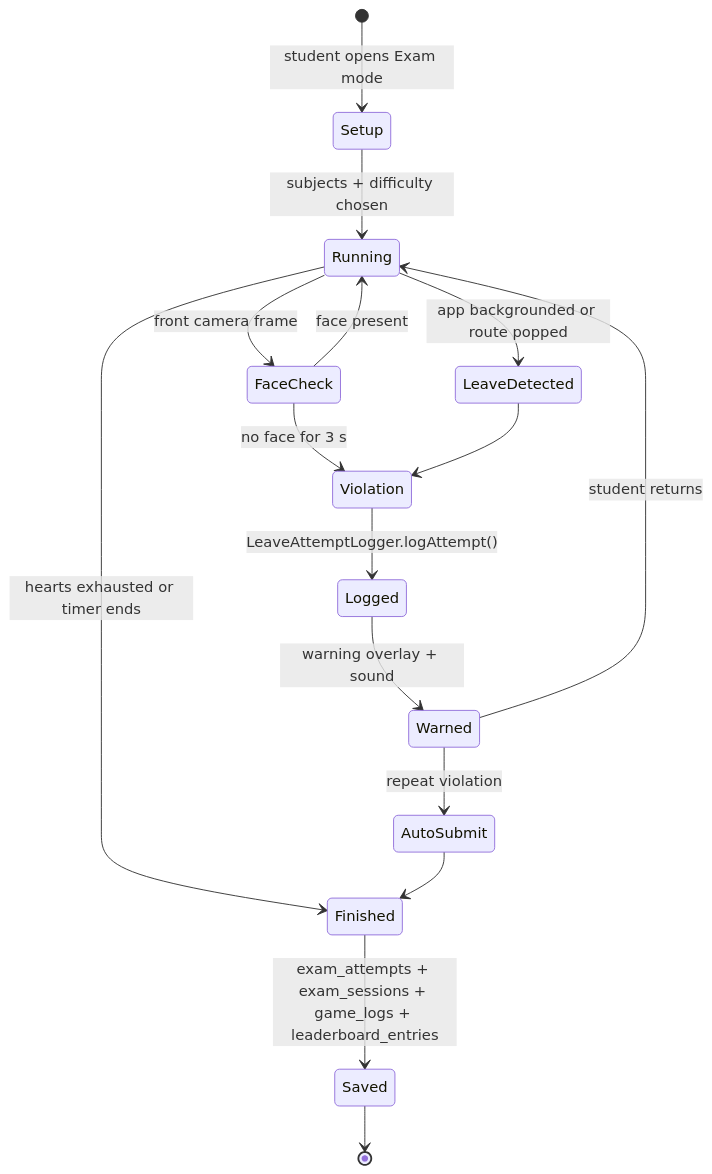
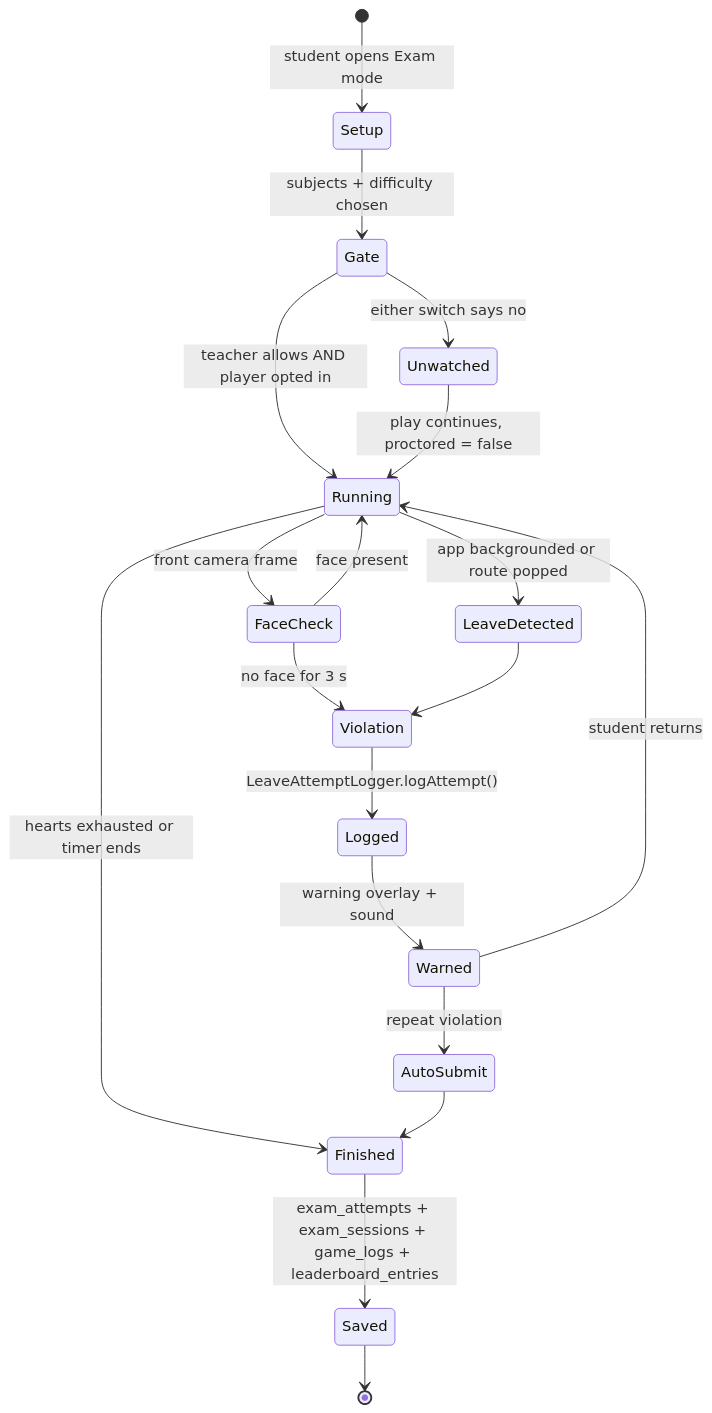
The seventh of 7 diagrams in docs/ARCHITECTURE.md (JizuruuZuru/Lock-In), drawn with Mermaid before and after one commit. The commit also changed other lines of this file and 33 other files, not shown here.

````diff
--- a/docs/ARCHITECTURE.md
+++ b/docs/ARCHITECTURE.md
@@ -309,23 +309,27 @@
 ```mermaid
 stateDiagram-v2
     [*] --> Setup: student opens Exam mode
-    Setup --> Running: subjects + difficulty chosen
+    Setup --> Gate: subjects + difficulty chosen
+
+    Gate --> Running: teacher allows AND player opted in
+    Gate --> Unwatched: either switch says no
+    Unwatched --> Running: play continues, proctored = false
 
     Running --> FaceCheck: front camera frame
     FaceCheck --> Running: face present
     FaceCheck --> Violation: no face for 3 s
 
     Running --> LeaveDetected: app backgrounded or route popped
     LeaveDetected --> Violation
 
     Violation --> Logged: LeaveAttemptLogger.logAttempt()
     Logged --> Warned: warning overlay + sound
     Warned --> Running: student returns
     Warned --> AutoSubmit: repeat violation
 
     Running --> Finished: hearts exhausted or timer ends
     AutoSubmit --> Finished
 
     Finished --> Saved: exam_attempts + exam_sessions + game_logs + leaderboard_entries
     Saved --> [*]
 ```
````
